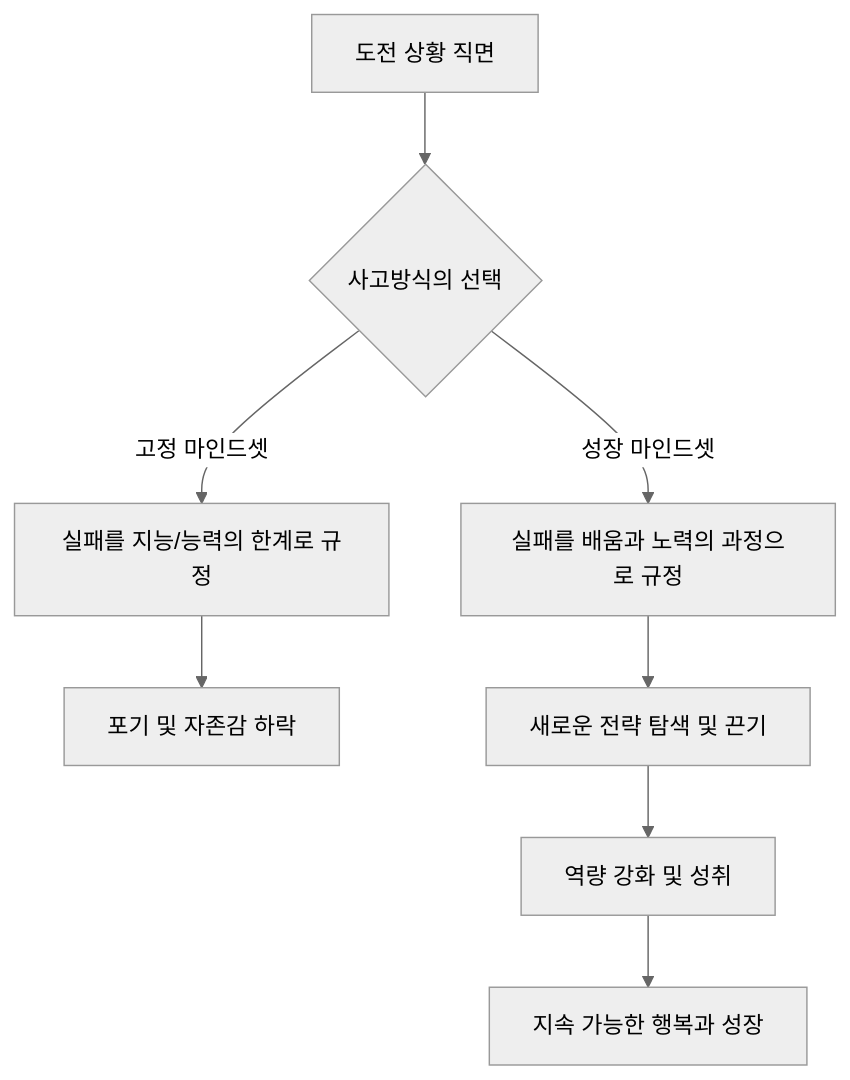
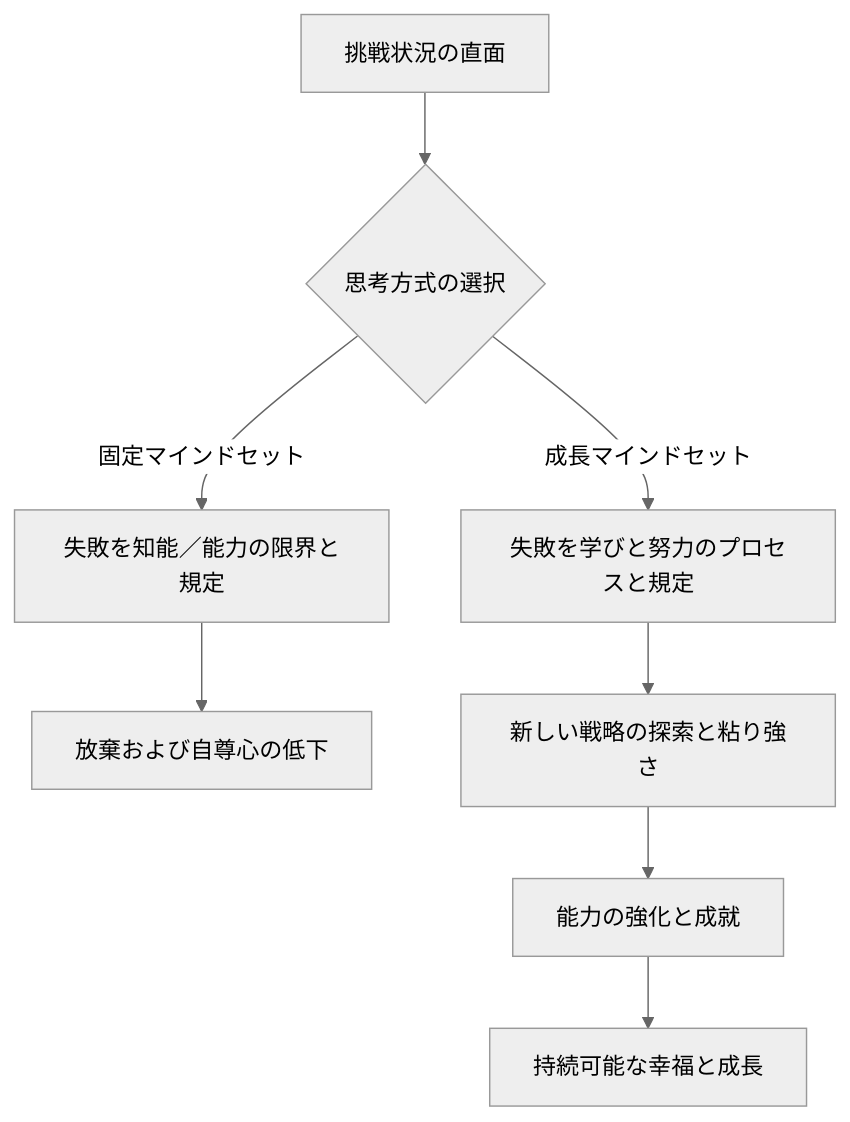
The diagram in src/content/blog/ja/education-psychology-ch6.mdx (yuli3/wiki-oiyo), drawn with Mermaid (neutral theme) before and after one commit. The commit also changed other lines of this file and 427 other files, not shown here.

````diff
--- a/src/content/blog/ja/education-psychology-ch6.mdx
+++ b/src/content/blog/ja/education-psychology-ch6.mdx
@@ -53,10 +51,10 @@
 ```mermaid
 graph TD
-    A[도전 상황 직면] --> B{사고방식의 선택}
-    B -->|고정 마인드셋| C[실패를 지능/능력의 한계로 규정]
-    B -->|성장 마인드셋| D[실패를 배움과 노력의 과정으로 규정]
-    C --> E[포기 및 자존감 하락]
-    D --> F[새로운 전략 탐색 및 끈기]
-    F --> G[역량 강화 및 성취]
-    G --> H[지속 가능한 행복과 성장]
+    A[挑戦状況の直面] --> B{思考方式の選択}
+    B -->|固定マインドセット| C[失敗を知能／能力の限界と規定]
+    B -->|成長マインドセット| D[失敗を学びと努力のプロセスと規定]
+    C --> E[放棄および自尊心の低下]
+    D --> F[新しい戦略の探索と粘り強さ]
+    F --> G[能力の強化と成就]
+    G --> H[持続可能な幸福と成長]
 ```
````
